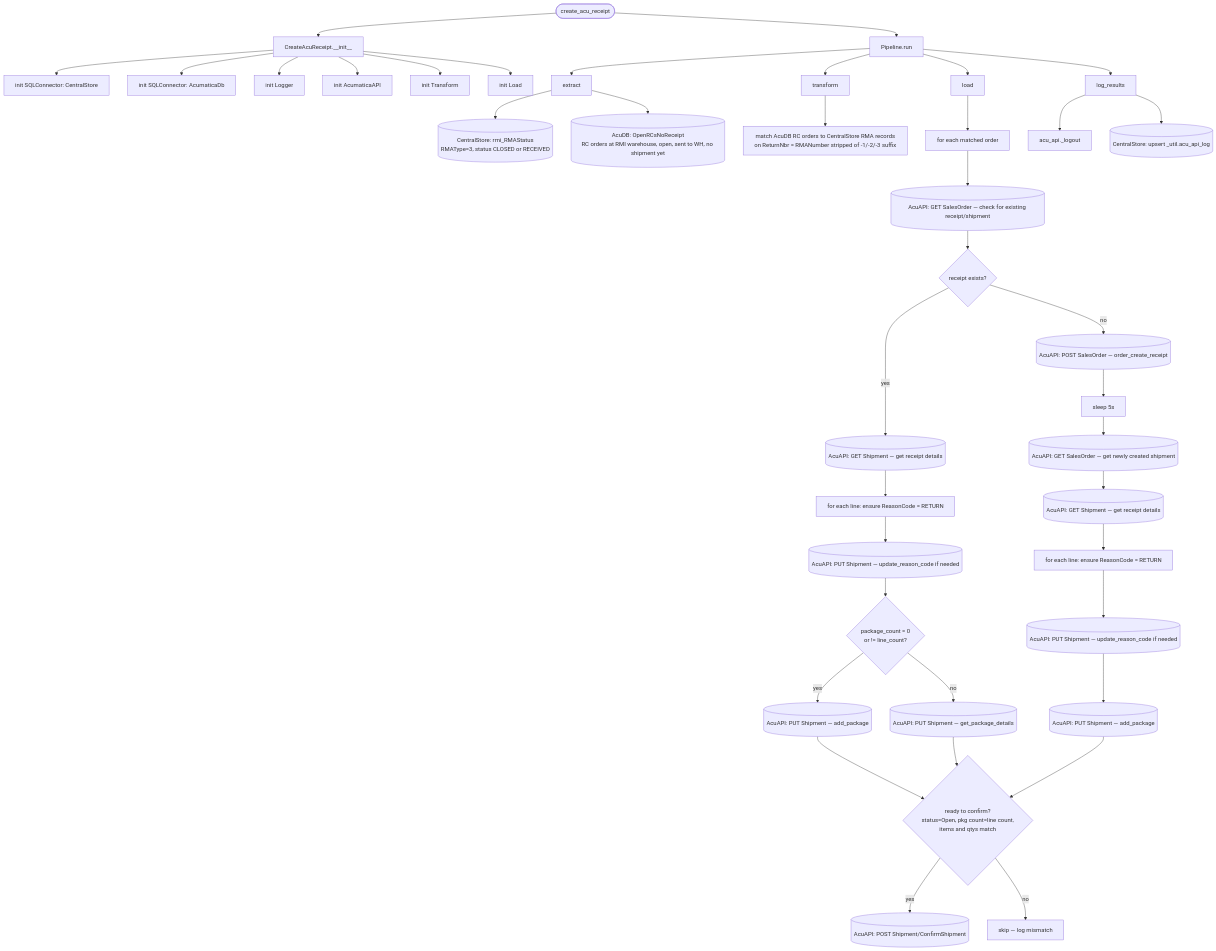
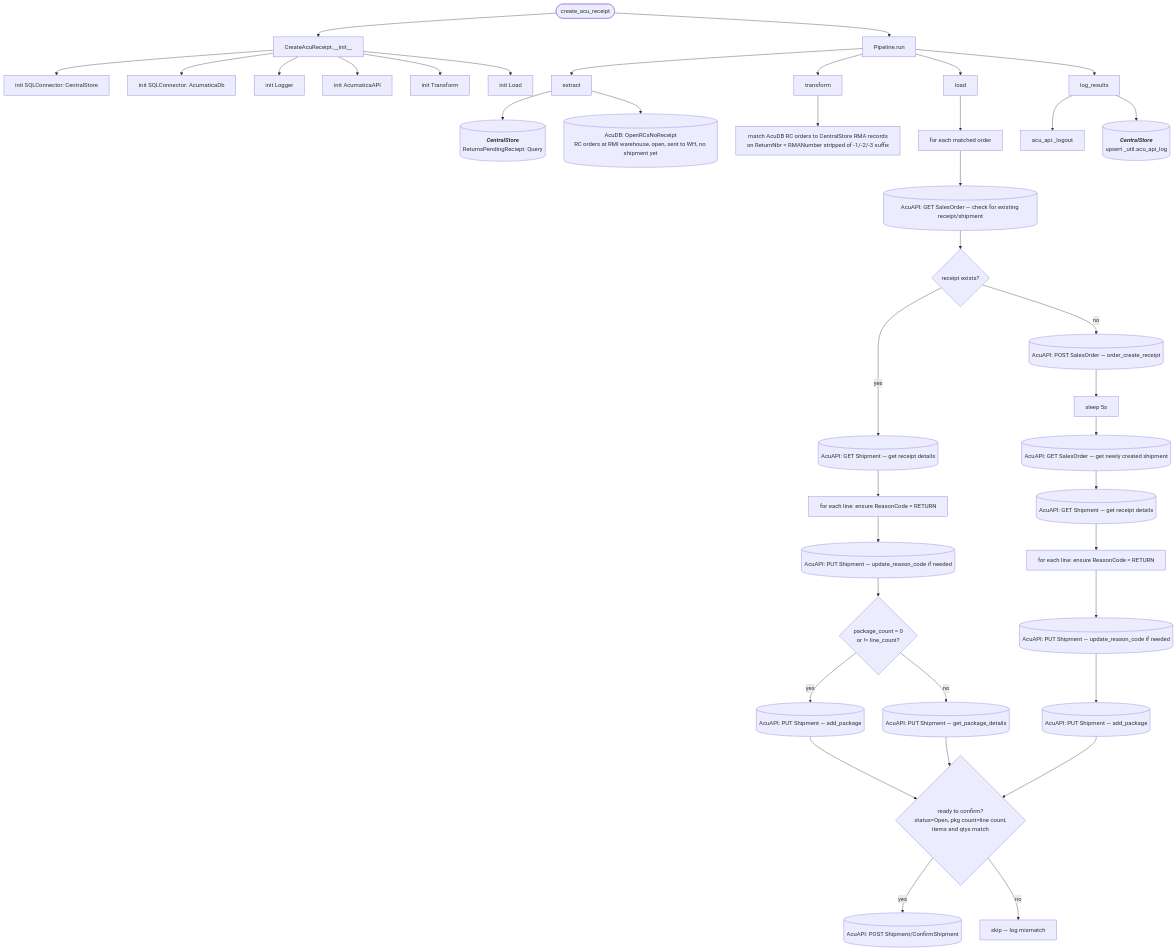
The diagram in docs/pipelines/create_acu_receipt.md (journeyhl/integration-platform), drawn with Mermaid before and after one commit. The commit also changed 25 other files, not shown here.

````diff
--- a/docs/pipelines/create_acu_receipt.md
+++ b/docs/pipelines/create_acu_receipt.md
@@ -1,49 +1,55 @@
 ```mermaid
 %%{init: {"flowchart": {"wrappingWidth": 400}}}%%
 flowchart TD
     A([create_acu_receipt]) --> B[CreateAcuReceipt.__init__]
     B --> B1[init SQLConnector: CentralStore]
     B --> B2[init SQLConnector: AcumaticaDb]
     B --> B3[init Logger]
     B --> B4[init AcumaticaAPI]
     B --> B5[init Transform]
     B --> B6[init Load]
     A --> RUN[Pipeline.run]
 
     RUN --> EX[extract]
-    EX --> D1[(CentralStore: rmi_RMAStatus<br/>RMAType=3, status CLOSED or RECEIVED)]
+    EX --> D1[(
+        <b><i>CentralStore</i></b>
+        ReturnsPendingReciept: Query
+    )]
     EX --> D2[(AcuDB: OpenRCsNoReceipt<br/>RC orders at RMI warehouse, open, sent to WH, no shipment yet)]
 
     RUN --> TR[transform]
     TR --> T1[match AcuDB RC orders to CentralStore RMA records<br/>on ReturnNbr = RMANumber stripped of -1/-2/-3 suffix]
 
     RUN --> LD[load]
     LD --> LS[for each matched order]
     LS --> L1[(AcuAPI: GET SalesOrder — check for existing receipt/shipment)]
     L1 --> L2{receipt exists?}
 
     L2 -->|yes| L3[(AcuAPI: GET Shipment — get receipt details)]
     L3 --> L4[for each line: ensure ReasonCode = RETURN]
     L4 --> L5[(AcuAPI: PUT Shipment — update_reason_code if needed)]
     L5 --> L6{package_count = 0<br/>or != line_count?}
     L6 -->|yes| L7[(AcuAPI: PUT Shipment — add_package)]
     L6 -->|no| L8[(AcuAPI: PUT Shipment — get_package_details)]
 
     L2 -->|no| L9[(AcuAPI: POST SalesOrder — order_create_receipt)]
     L9 --> L10[sleep 5s]
     L10 --> L11[(AcuAPI: GET SalesOrder — get newly created shipment)]
     L11 --> L12[(AcuAPI: GET Shipment — get receipt details)]
     L12 --> L13[for each line: ensure ReasonCode = RETURN]
     L13 --> L14[(AcuAPI: PUT Shipment — update_reason_code if needed)]
     L14 --> L15[(AcuAPI: PUT Shipment — add_package)]
 
     L7 --> CONF{ready to confirm?<br/>status=Open, pkg count=line count,<br/>items and qtys match}
     L8 --> CONF
     L15 --> CONF
     CONF -->|yes| L16[(AcuAPI: POST Shipment/ConfirmShipment)]
     CONF -->|no| L17[skip — log mismatch]
 
     RUN --> LR[log_results]
     LR --> LO[acu_api._logout]
-    LR --> UPS[(CentralStore: upsert _util.acu_api_log)]
+    LR --> UPS[(
+        <b><i>CentralStore</i></b>
+        upsert _util.acu_api_log
+    )]
 ```
````
